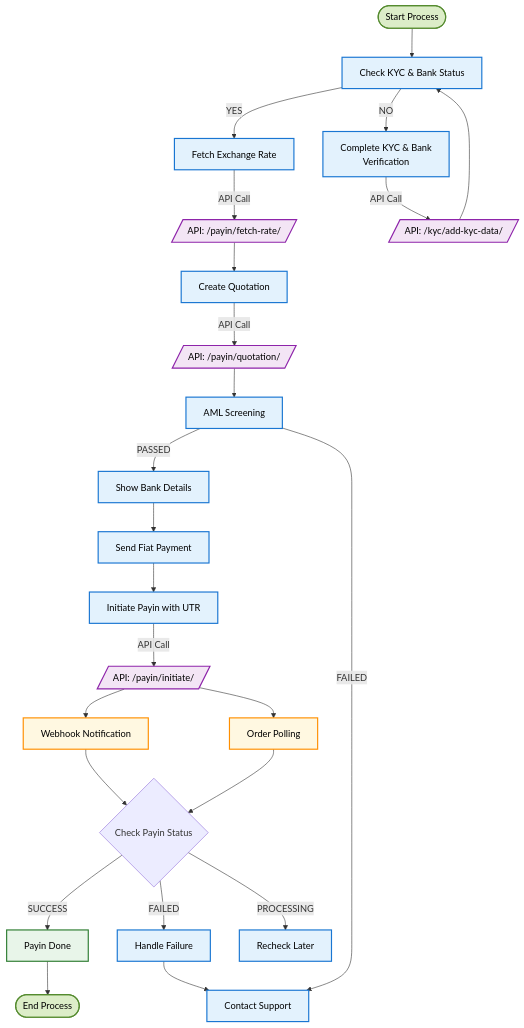
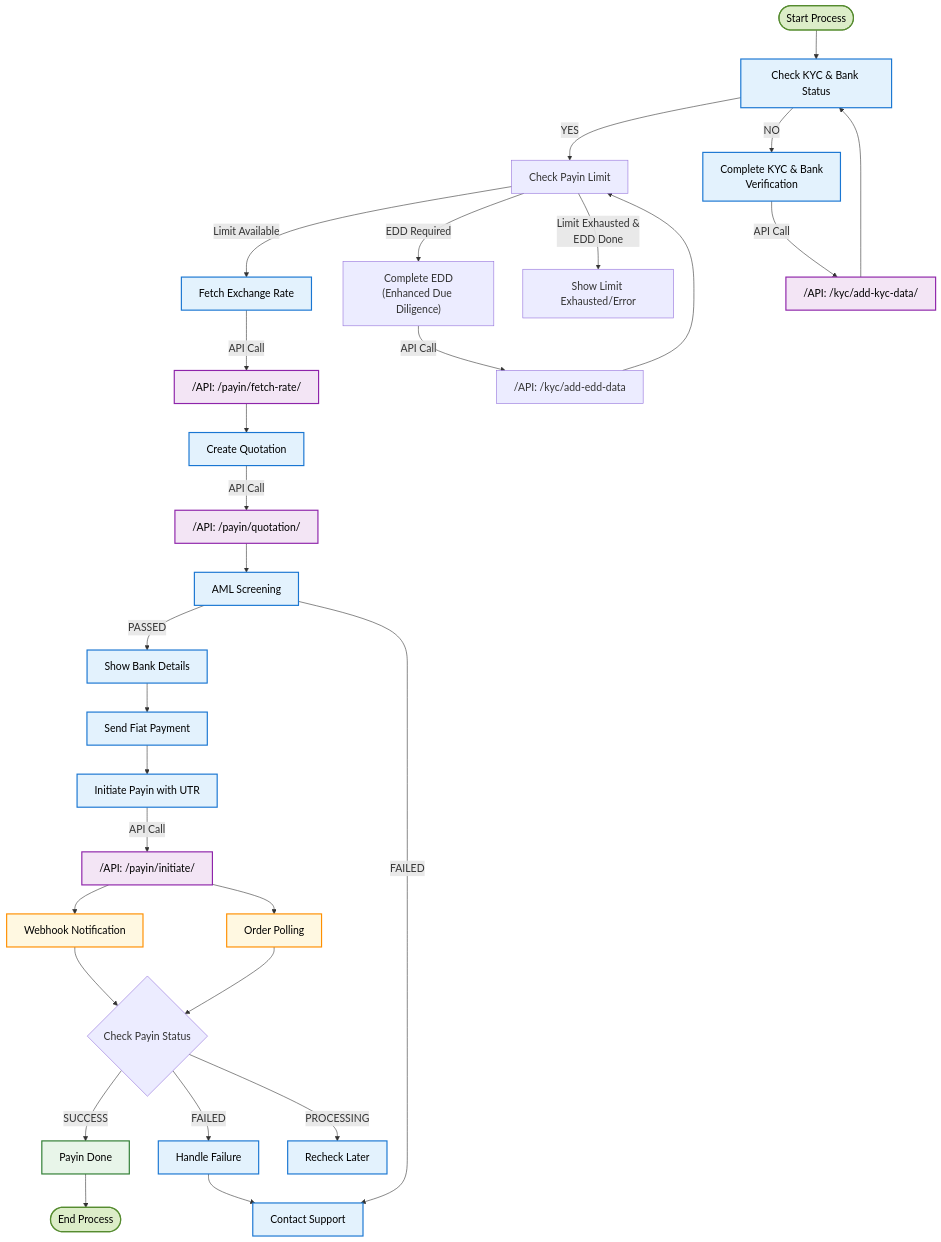
One commit to DollarPe-Infra/docs changed the first of 2 diagrams in api-reference-exchange/integration-guides/payin-integration-guide.mdx. Above: the diagram before and after it, drawn with Mermaid. The commit also changed other lines of this file and 9 other files, not shown here.

Commit message:
fix: update payin guides & API's

````diff
--- a/api-reference-exchange/integration-guides/payin-integration-guide.mdx
+++ b/api-reference-exchange/integration-guides/payin-integration-guide.mdx
@@ -44,50 +44,57 @@
 ```mermaid
+%%{init: {'themeVariables': { 'fontSize': '18px', 'nodeWidth': '300', 'nodeHeight': '60' }}}%%
 flowchart TD
     Start([Start Process]) --> CheckKYC[Check KYC & Bank Status]
-    CheckKYC -->|YES| FetchRate["Fetch Exchange Rate"]
-    CheckKYC -->|NO| AddKYC["Complete KYC & Bank 
-    Verification"]
+    CheckKYC -->|YES| CheckLimit["Check Payin Limit"]
+    CheckKYC -->|NO| AddKYC["Complete KYC & Bank<br/>Verification"]
 
-    AddKYC -->|API Call| KycAPI[/"API: /kyc/add-kyc-data/"/]
+    AddKYC -->|API Call| KycAPI["/API: /kyc/add-kyc-data/"]
     KycAPI --> CheckKYC
 
-    FetchRate -->|API Call| RateAPI[/"API: /payin/fetch-rate/"/]
+    CheckLimit -->|Limit Available| FetchRate["Fetch Exchange Rate"]
+    CheckLimit -->|EDD Required| EDDStep["Complete EDD<br/>(Enhanced Due Diligence)"]
+    CheckLimit -->|Limit Exhausted &<br/>EDD Done| LimitError["Show Limit Exhausted/Error"]
+
+    EDDStep -->|API Call| EddAPI["/API: /kyc/add-edd-data"]
+    EddAPI --> CheckLimit
+
+    FetchRate -->|API Call| RateAPI["/API: /payin/fetch-rate/"]
     RateAPI --> CreateQuote["Create Quotation"]
 
-    CreateQuote -->|API Call| QuoteAPI[/"API: /payin/quotation/"/]
+    CreateQuote -->|API Call| QuoteAPI["/API: /payin/quotation/"]
     QuoteAPI --> AMLScreening["AML Screening"]
 
     AMLScreening -->|PASSED| ShowBankDetails["Show Bank Details"]
     AMLScreening -->|FAILED| ContactSupport["Contact Support"]
 
     ShowBankDetails --> SendFiat["Send Fiat Payment"]
     SendFiat --> InitiatePayin["Initiate Payin with UTR"]
 
-    InitiatePayin -->|API Call| PayinAPI[/"API: /payin/initiate/"/]
+    InitiatePayin -->|API Call| PayinAPI["/API: /payin/initiate/"]
     PayinAPI --> WebhookNotification["Webhook Notification"]
     PayinAPI --> PollStatus["Order Polling"]
 
     WebhookNotification --> PayinStatus{"Check Payin Status"}
     PollStatus --> PayinStatus
 
     PayinStatus -->|SUCCESS| PayinDone["Payin Done"]
     PayinStatus -->|FAILED| HandleFail["Handle Failure"]
     PayinStatus -->|PROCESSING| WaitRetry["Recheck Later"]
 
     HandleFail --> ContactSupport
     PayinDone --> End([End Process])
 
     classDef startEndNode fill:#dcedc8,stroke:#558b2f,stroke-width:2px,color:#000
     classDef mainNode fill:#e3f2fd,stroke:#1976d2,stroke-width:2px,color:#000
     classDef apiNode fill:#f3e5f5,stroke:#8e24aa,stroke-width:2px,color:#000
     classDef stateNode fill:#e8f5e9,stroke:#2e7d32,stroke-width:2px,color:#000
     classDef failureNode fill:#ffebee,stroke:#c62828,stroke-width:2px,color:#000
     classDef waitNode fill:#fff8e1,stroke:#ff8f00,stroke-width:2px,color:#000
 
     class Start,End startEndNode
     class CheckKYC,AddKYC,FetchRate,CreateQuote,AMLScreening,ShowBankDetails,SendFiat,InitiatePayin,HandleFail,ContactSupport,WaitRetry mainNode
     class KycAPI,RateAPI,QuoteAPI,PayinAPI apiNode
     class WebhookNotification,PollStatus waitNode
     class PayinDone stateNode
     class PayinStatus decision
 ```
````
